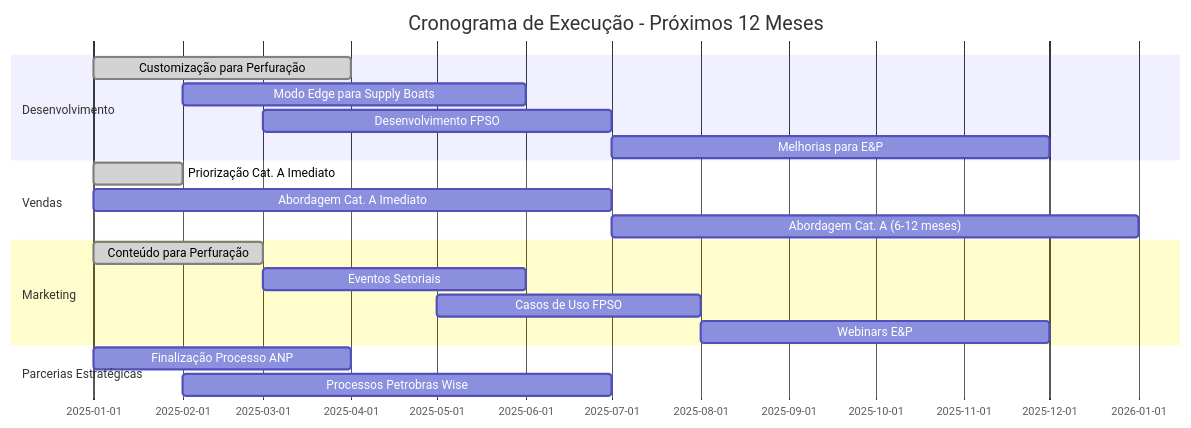
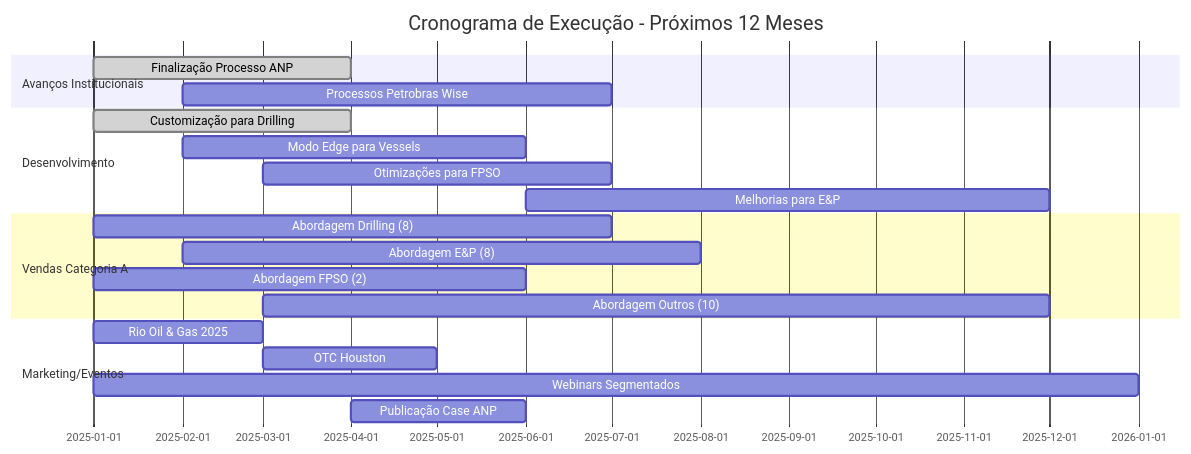
Before and after one commit to wonder-dmercadal/PublicReports: the sixth of 6 diagrams in AnaliseMercado.md, drawn with Mermaid. The commit also changed other lines of this file, not shown here.

````diff
--- a/AnaliseMercado.md
+++ b/AnaliseMercado.md
@@ -230,26 +218,27 @@
 ```mermaid
 gantt
     title Cronograma de Execução - Próximos 12 Meses
     dateFormat  MM/YYYY
     
+    section Avanços Institucionais
+    Finalização Processo ANP              :done, anp1, 01/2025, 3M
+    Processos Petrobras Wise              :petro1, 02/2025, 5M
+    
     section Desenvolvimento
-    Customização para Perfuração         :done, des1, 01/2025, 3M
-    Modo Edge para Supply Boats          :des4, 02/2025, 4M
-    Desenvolvimento FPSO                  :des2, 03/2025, 4M
-    Melhorias para E&P                    :des3, 07/2025, 5M
+    Customização para Drilling            :done, dev1, 01/2025, 3M
+    Modo Edge para Vessels                :dev2, 02/2025, 4M
+    Otimizações para FPSO                 :dev3, 03/2025, 4M
+    Melhorias para E&P                    :dev4, 06/2025, 6M
     
-    section Vendas
-    Priorização Cat. A Imediato           :done, sales1, 01/2025, 1M
-    Abordagem Cat. A Imediato             :sales2, 01/2025, 6M
-    Abordagem Cat. A (6-12 meses)         :sales3, 07/2025, 6M
+    section Vendas Categoria A
+    Abordagem Drilling (8)                :sales1, 01/2025, 6M
+    Abordagem E&P (8)                     :sales2, 02/2025, 6M
+    Abordagem FPSO (2)                    :sales3, 01/2025, 5M
+    Abordagem Outros (10)                 :sales4, 03/2025, 9M
     
-    section Marketing
-    Conteúdo para Perfuração              :done, mkt1, 01/2025, 2M
-    Eventos Setoriais                      :mkt2, 03/2025, 3M
-    Casos de Uso FPSO                      :mkt3, 05/2025, 3M
-    Webinars E&P                           :mkt4, 08/2025, 4M
-    
-    section Parcerias Estratégicas
-    Finalização Processo ANP              :part1, 01/2025, 3M
-    Processos Petrobras Wise              :part2, 02/2025, 5M
+    section Marketing/Eventos
+    Rio Oil & Gas 2025                    :mkt1, 01/2025, 2M
+    OTC Houston                           :mkt2, 03/2025, 2M
+    Webinars Segmentados                  :mkt3, 01/2025, 12M
+    Publicação Case ANP                   :mkt4, 04/2025, 2M
 ```
````
